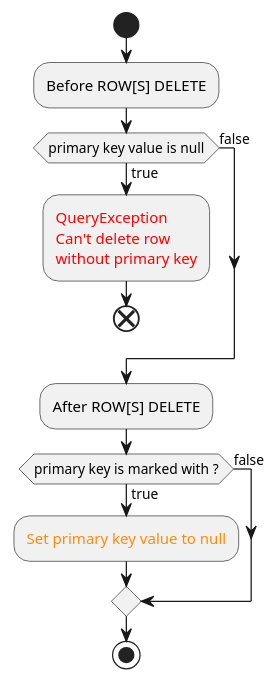
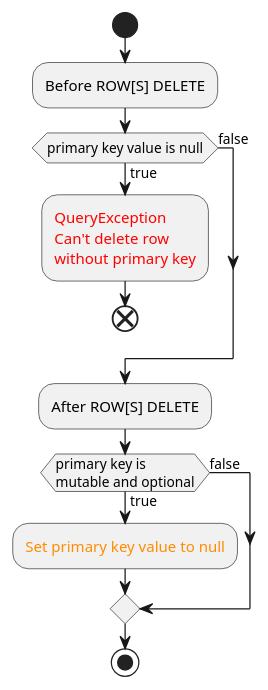
Before and after one commit to urosjarc/db-messiah: the diagram in specs/queries/ROW_DELETE.puml, drawn with PlantUML. The commit also changed 3 other files, not shown here.

```diff
--- a/specs/queries/ROW_DELETE.puml
+++ b/specs/queries/ROW_DELETE.puml
@@ -1,21 +1,21 @@
 @startuml
 start
 :Before ROW[S] DELETE;
 
 if (primary key value is null) then(true)
     :<color:red>QueryException
     <color:red>Can't delete row
     <color:red>without primary key;
     end
 else (false)
 endif
 
 :After ROW[S] DELETE;
 
-if (primary key is marked with ?) then(true)
+if (primary key is\nmutable and optional) then(true)
     :<color:darkorange>Set primary key value to null;
 else (false)
 endif
 
 stop
 @enduml
```
